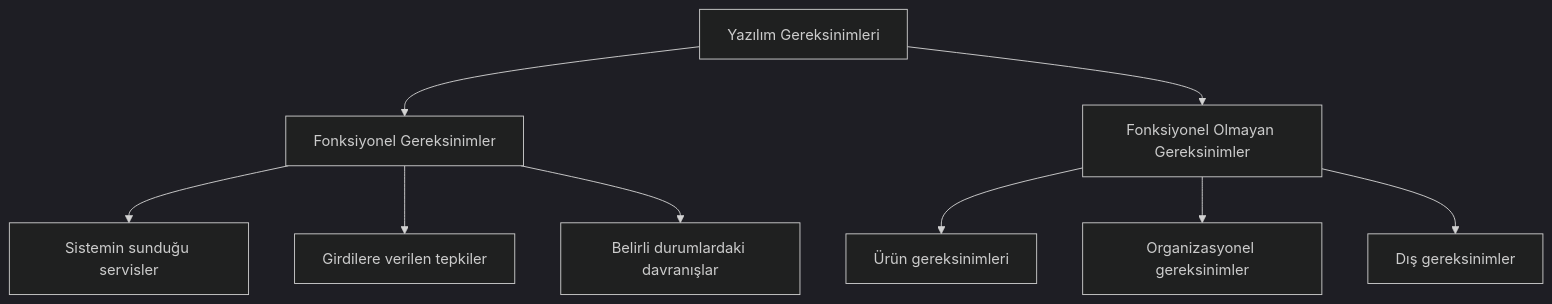
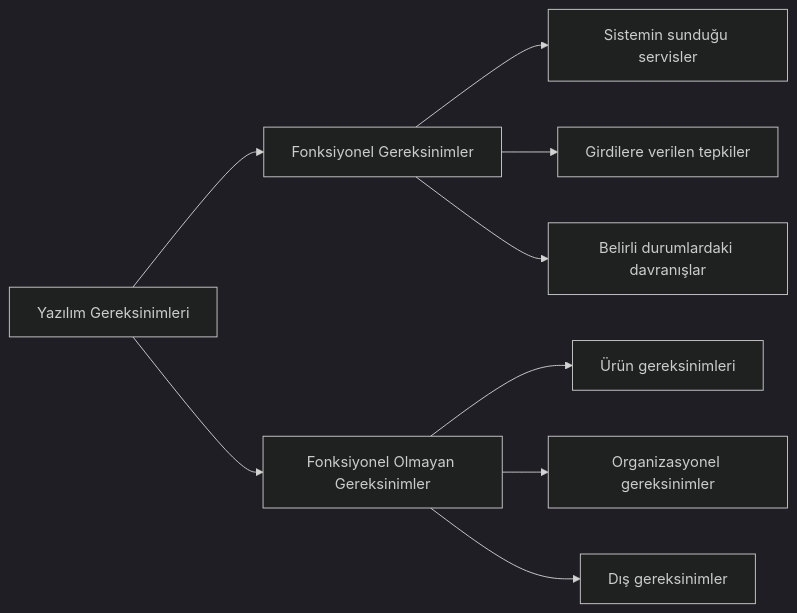
One commit to Mavrikant/mavrikant.github.io changed the first of 2 diagrams in _posts/2022-07-11-fonksiyonel-olmayan-yazilim-gereksinimleri.md. Above: the diagram before and after it, drawn with Mermaid (dark theme). The commit also changed other lines of this file, not shown here.

```diff
--- a/_posts/2022-07-11-fonksiyonel-olmayan-yazilim-gereksinimleri.md
+++ b/_posts/2022-07-11-fonksiyonel-olmayan-yazilim-gereksinimleri.md
@@ -14,11 +14,11 @@
 <div class="mermaid">
-graph TD
+graph LR
     R[Yazılım Gereksinimleri] --> F[Fonksiyonel Gereksinimler]
     R --> NF[Fonksiyonel Olmayan Gereksinimler]
     F --> F1[Sistemin sunduğu servisler]
     F --> F2[Girdilere verilen tepkiler]
     F --> F3[Belirli durumlardaki davranışlar]
     NF --> P[Ürün gereksinimleri]
     NF --> O[Organizasyonel gereksinimler]
     NF --> E[Dış gereksinimler]
 </div>
```
